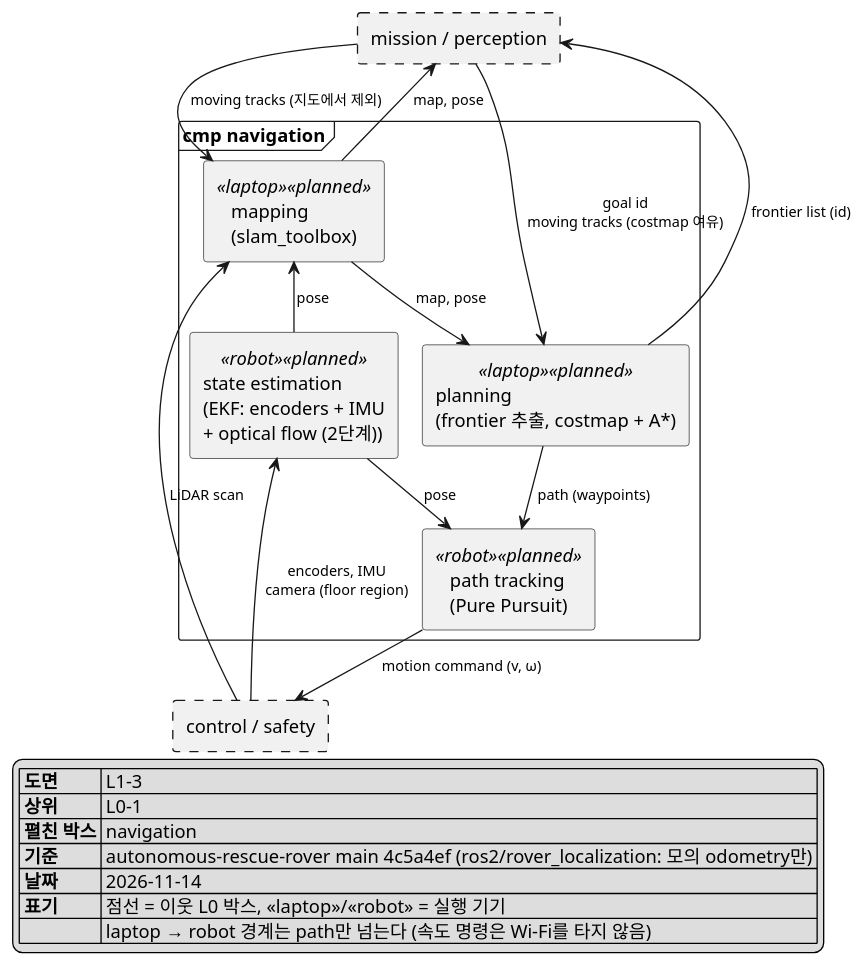
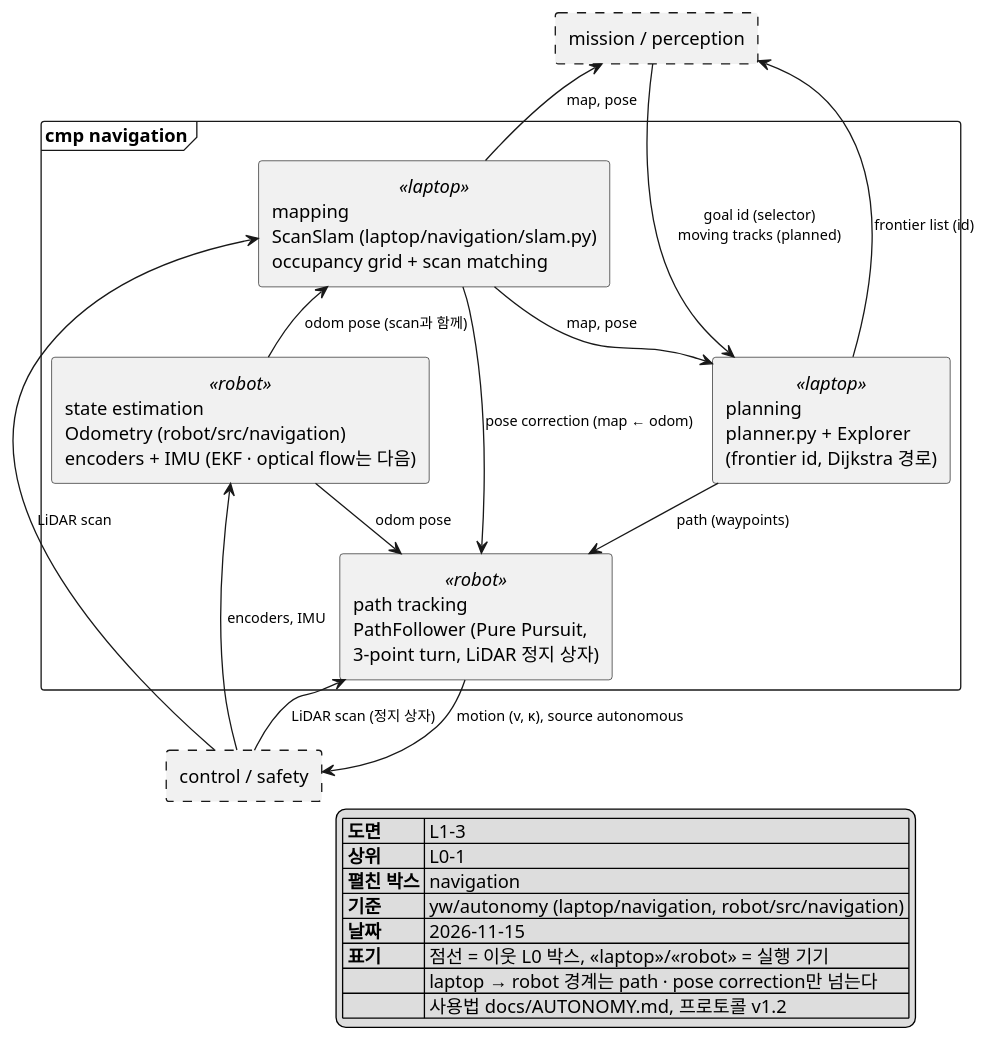
One commit to Ruysong/autonomous-rescue-rover changed the diagram in docs/architecture/L1-3_navigation.puml. Above: the diagram before and after it, drawn with PlantUML. The commit also changed 32 other files, not shown here.

First line of the commit message:
feat: autonomous frontier exploration (LiDAR SLAM, odometry, Pure Pursuit)

```diff
--- a/docs/architecture/L1-3_navigation.puml
+++ b/docs/architecture/L1-3_navigation.puml
@@ -1,43 +1,45 @@
 @startuml L1-3_navigation
 !pragma layout smetana
 skinparam monochrome true
 skinparam shadowing false
 skinparam defaultFontName "Malgun Gothic"
 skinparam componentStyle rectangle
 skinparam ArrowFontSize 11
 top to bottom direction
 
 rectangle "mission / perception" as MISSION #line.dashed
 
 frame "cmp navigation" {
-  component "mapping\n(slam_toolbox)" <<laptop>> <<planned>> as MAP
-  component "planning\n(frontier 추출, costmap + A*)" <<laptop>> <<planned>> as PLAN
-  component "state estimation\n(EKF: encoders + IMU\n+ optical flow (2단계))" <<robot>> <<planned>> as EKF
-  component "path tracking\n(Pure Pursuit)" <<robot>> <<planned>> as TRACK
+  component "mapping\nScanSlam (laptop/navigation/slam.py)\noccupancy grid + scan matching" <<laptop>> as MAP
+  component "planning\nplanner.py + Explorer\n(frontier id, Dijkstra 경로)" <<laptop>> as PLAN
+  component "state estimation\nOdometry (robot/src/navigation)\nencoders + IMU (EKF · optical flow는 다음)" <<robot>> as EKF
+  component "path tracking\nPathFollower (Pure Pursuit,\n3-point turn, LiDAR 정지 상자)" <<robot>> as TRACK
 }
 
 rectangle "control / safety" as CONTROL #line.dashed
 
-MISSION --> PLAN : goal id\nmoving tracks (costmap 여유)
-MISSION --> MAP : moving tracks (지도에서 제외)
+MISSION --> PLAN : goal id (selector)\nmoving tracks (planned)
 PLAN -up-> MISSION : frontier list (id)
 MAP -up-> MISSION : map, pose
 
-CONTROL -up-> EKF : encoders, IMU\ncamera (floor region)
+CONTROL -up-> EKF : encoders, IMU
 CONTROL -up-> MAP : LiDAR scan
-EKF -up-> MAP : pose
+EKF -up-> MAP : odom pose (scan과 함께)
+MAP --> TRACK : pose correction (map ← odom)
 MAP --> PLAN : map, pose
 PLAN --> TRACK : path (waypoints)
-EKF --> TRACK : pose
-TRACK --> CONTROL : motion command (v, ω)
+EKF --> TRACK : odom pose
+CONTROL -up-> TRACK : LiDAR scan (정지 상자)
+TRACK --> CONTROL : motion (v, κ), source autonomous
 
 legend bottom right
   |= 도면 | L1-3 |
   |= 상위 | L0-1 |
   |= 펼친 박스 | navigation |
-  |= 기준 | autonomous-rescue-rover main 4c5a4ef (ros2/rover_localization: 모의 odometry만) |
-  |= 날짜 | 2026-11-14 |
+  |= 기준 | yw/autonomy (laptop/navigation, robot/src/navigation) |
+  |= 날짜 | 2026-11-15 |
   |= 표기 | 점선 = 이웃 L0 박스, <<laptop>>/<<robot>> = 실행 기기 |
-  |= | laptop → robot 경계는 path만 넘는다 (속도 명령은 Wi-Fi를 타지 않음) |
+  |= | laptop → robot 경계는 path · pose correction만 넘는다 |
+  |= | 사용법 docs/AUTONOMY.md, 프로토콜 v1.2 |
 endlegend
 @enduml
```
